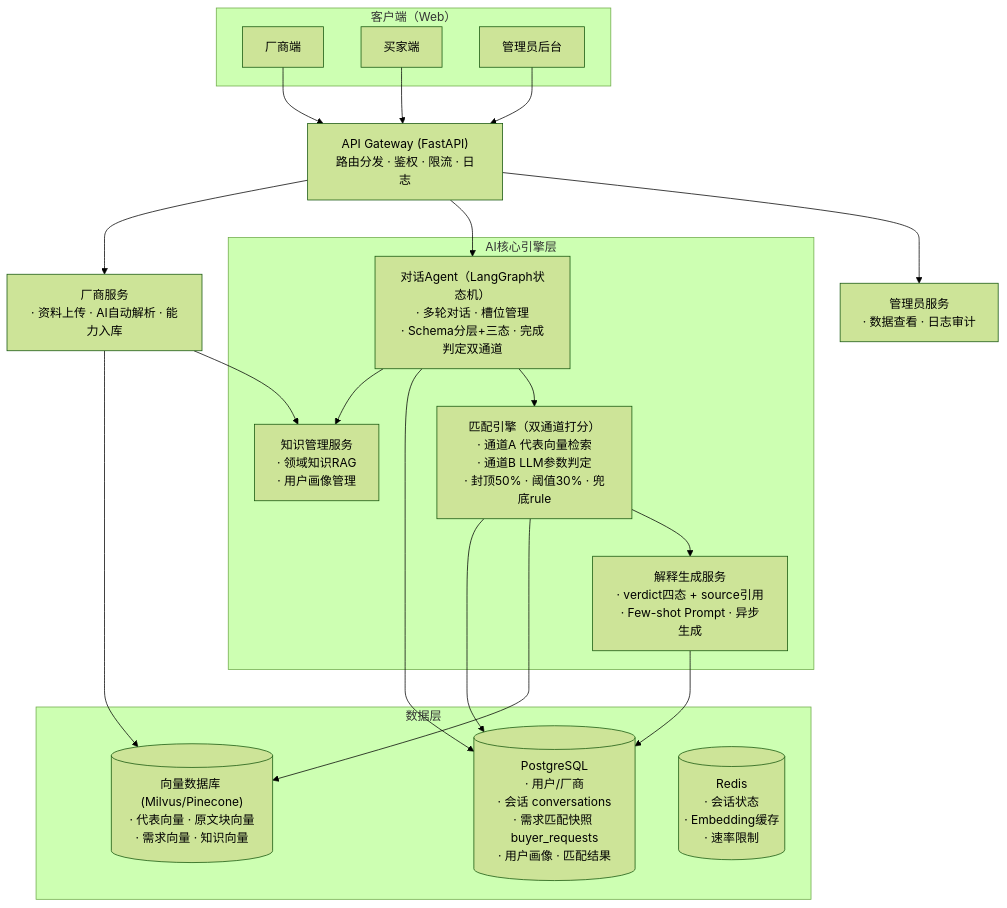
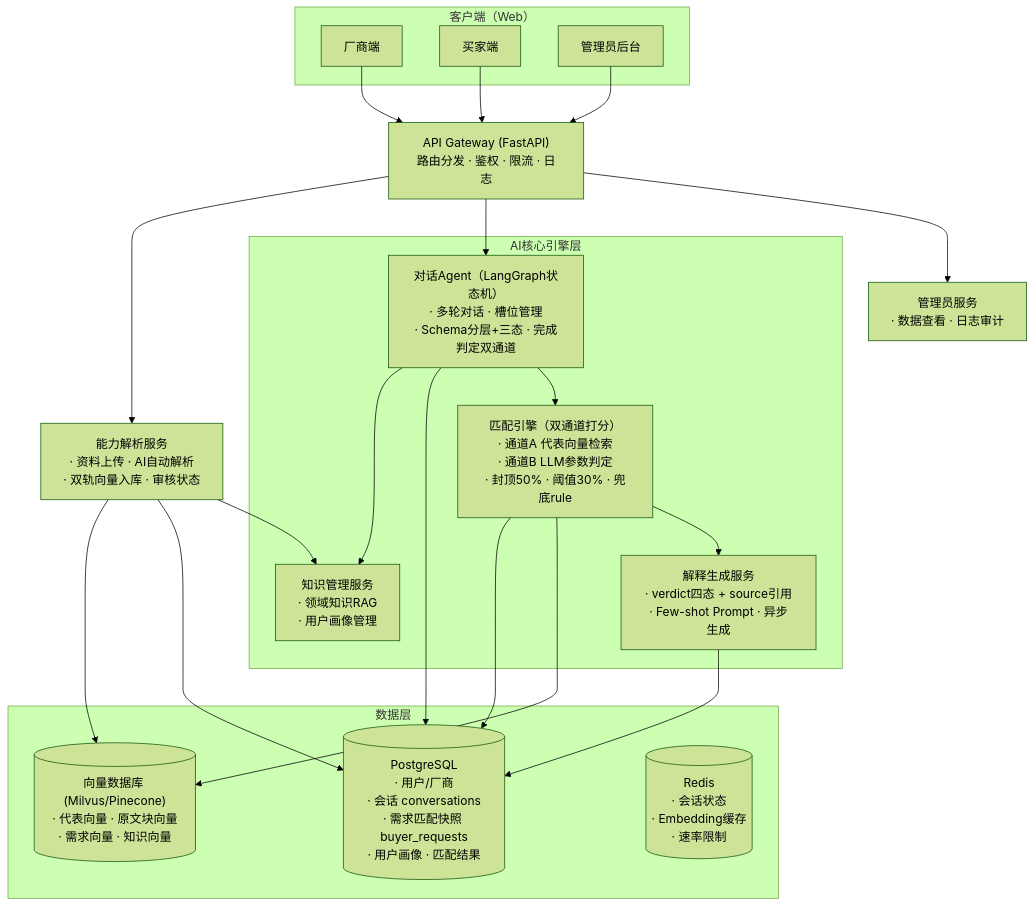
One commit to ivgotcrazy/xmsn-demo changed the first of 6 diagrams in doc/系统/核心系统设计.md. Above: the diagram before and after it, drawn with Mermaid (forest theme). The commit also changed other lines of this file and 1 other file, not shown here.

````diff
--- a/doc/系统/核心系统设计.md
+++ b/doc/系统/核心系统设计.md
@@ -19,41 +34,42 @@
 ```mermaid
 graph TB
     subgraph Client["客户端（Web）"]
         Vendor["厂商端"]
         Buyer["买家端"]
         Admin["管理员后台"]
     end
 
     API["API Gateway (FastAPI)<br/>路由分发 · 鉴权 · 限流 · 日志"]
 
     subgraph AIServices["AI核心引擎层"]
         Knowledge["知识管理服务<br/>· 领域知识RAG<br/>· 用户画像管理"]
         DialogAgent["对话Agent（LangGraph状态机）<br/>· 多轮对话 · 槽位管理<br/>· Schema分层+三态 · 完成判定双通道"]
         MatchEngine["匹配引擎（双通道打分）<br/>· 通道A 代表向量检索<br/>· 通道B LLM参数判定<br/>· 封顶50% · 阈值30% · 兜底rule"]
         ExplainGen["解释生成服务<br/>· verdict四态 + source引用<br/>· Few-shot Prompt · 异步生成"]
     end
 
     subgraph DataLayer["数据层"]
         PG[("PostgreSQL<br/>· 用户/厂商<br/>· 会话 conversations<br/>· 需求匹配快照 buyer_requests<br/>· 用户画像 · 匹配结果")]
         Vector[("向量数据库 (Milvus/Pinecone)<br/>· 代表向量 · 原文块向量<br/>· 需求向量 · 知识向量")]
         Cache[("Redis<br/>· 会话状态<br/>· Embedding缓存<br/>· 速率限制")]
     end
 
     Vendor --> API
     Buyer --> API
     Admin --> API
 
-    API --> VendorService["厂商服务<br/>· 资料上传 · AI自动解析 · 能力入库"]
+    API --> CapService["能力解析服务<br/>· 资料上传 · AI自动解析<br/>· 双轨向量入库 · 审核状态"]
     API --> DialogAgent
     API --> AdminService["管理员服务<br/>· 数据查看 · 日志审计"]
 
-    VendorService --> Knowledge
-    VendorService --> Vector
+    CapService --> Knowledge
+    CapService --> Vector
+    CapService --> PG
     DialogAgent --> Knowledge
     DialogAgent --> PG
     DialogAgent --> MatchEngine
     MatchEngine --> PG
     MatchEngine --> Vector
     MatchEngine --> ExplainGen
     ExplainGen --> PG
 ```
````
